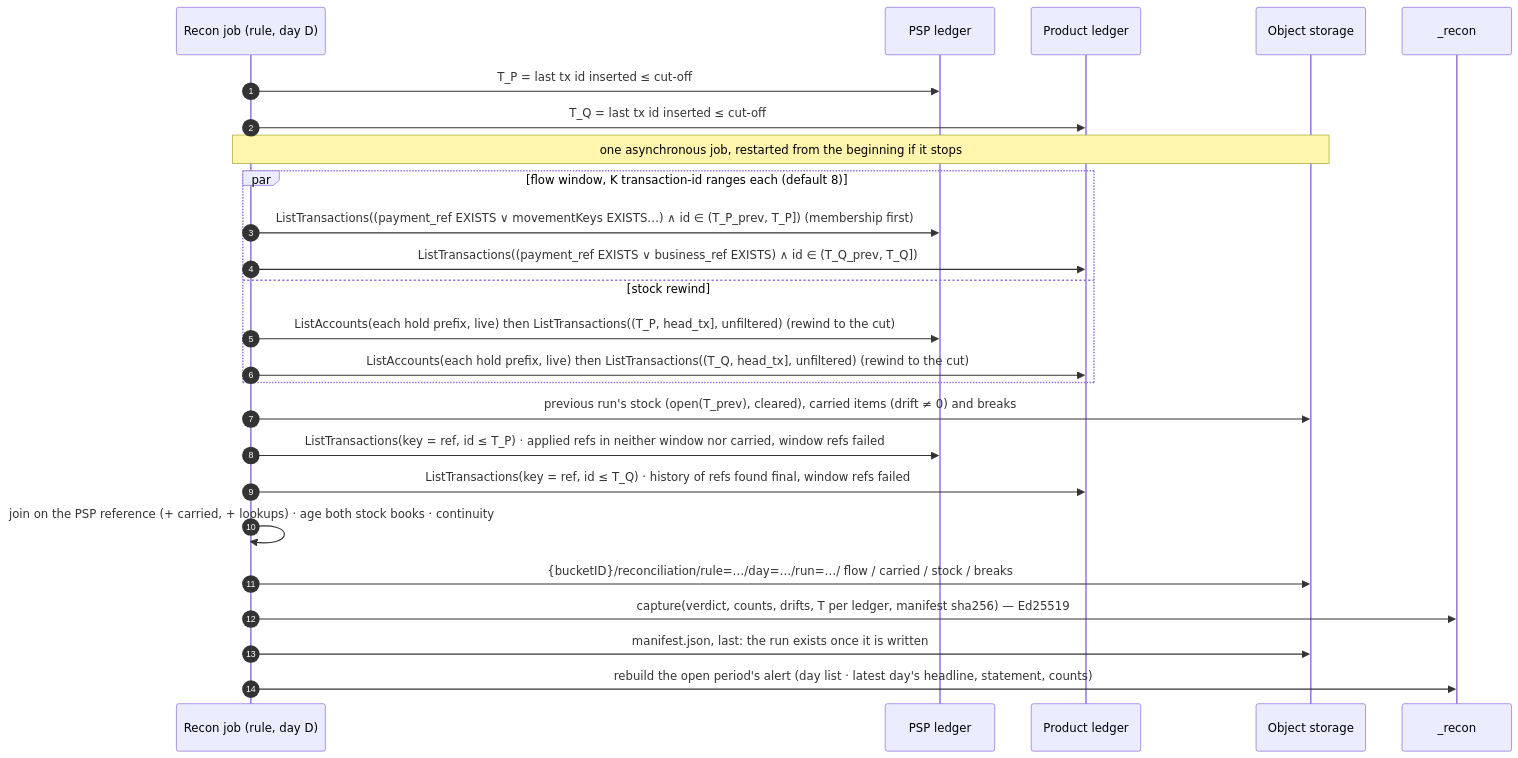
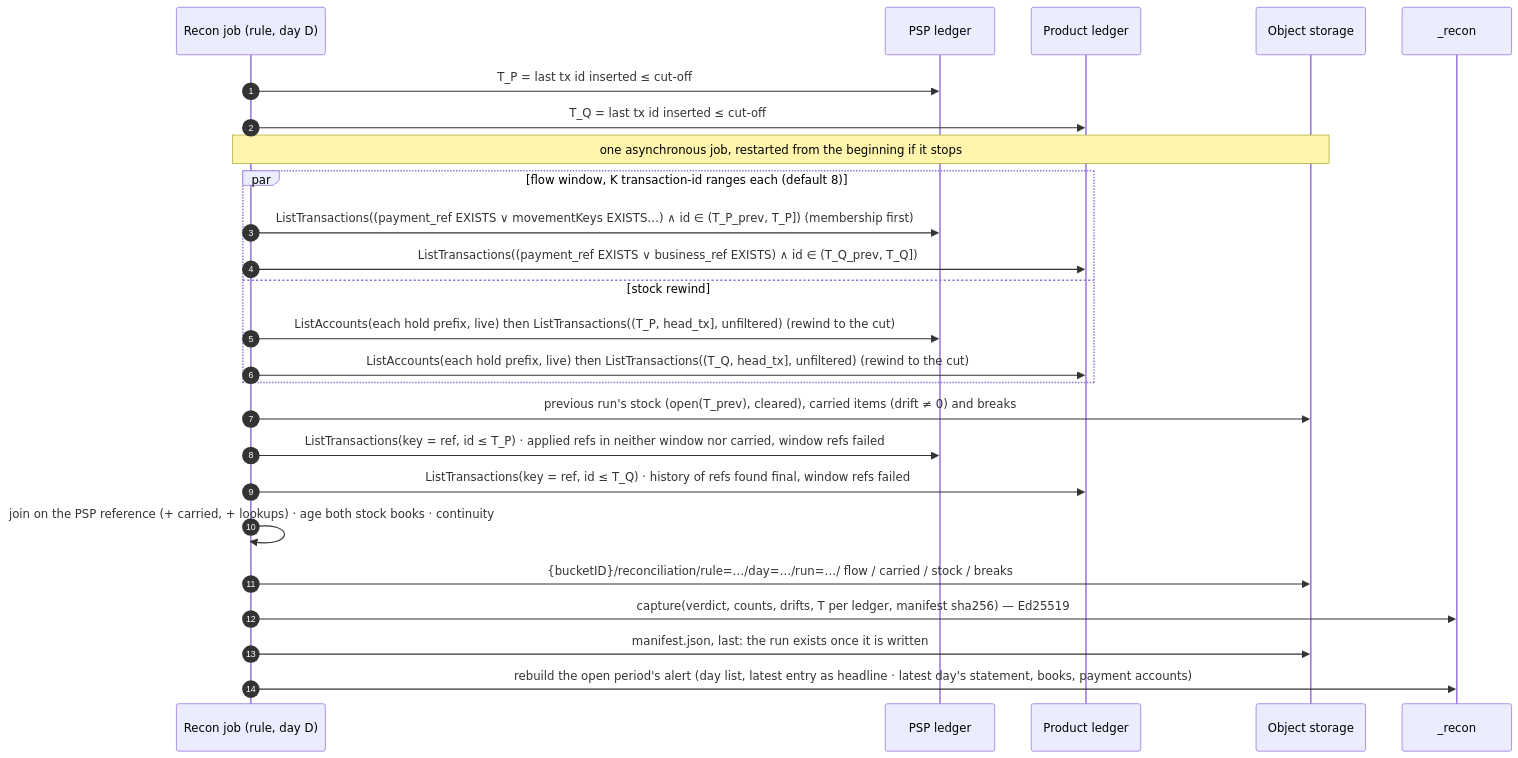
The second of 2 diagrams in docs/technical/transaction-level-reconciliation.md (formancehq/reconciliation), drawn with Mermaid before and after one commit. The commit also changed other lines of this file and 15 other files, not shown here.

````diff
--- a/docs/technical/transaction-level-reconciliation.md
+++ b/docs/technical/transaction-level-reconciliation.md
@@ -284,28 +292,28 @@
 ```mermaid
 sequenceDiagram
     autonumber
     participant J as Recon job (rule, day D)
     participant P as PSP ledger
     participant Q as Product ledger
     participant O as Object storage
     participant C as _recon
 
     J->>P: T_P = last tx id inserted ≤ cut-off
     J->>Q: T_Q = last tx id inserted ≤ cut-off
     Note over J,O: one asynchronous job, restarted from the beginning if it stops
     par flow window, K transaction-id ranges each (default 8)
         J->>P: ListTransactions((payment_ref EXISTS ∨ movementKeys EXISTS…) ∧ id ∈ (T_P_prev, T_P])  (membership first)
         J->>Q: ListTransactions((payment_ref EXISTS ∨ business_ref EXISTS) ∧ id ∈ (T_Q_prev, T_Q])
     and stock rewind
         J->>P: ListAccounts(each hold prefix, live) then ListTransactions((T_P, head_tx], unfiltered) (rewind to the cut)
         J->>Q: ListAccounts(each hold prefix, live) then ListTransactions((T_Q, head_tx], unfiltered) (rewind to the cut)
     end
     J->>O: previous run's stock (open(T_prev), cleared), carried items (drift ≠ 0) and breaks
     J->>P: ListTransactions(key = ref, id ≤ T_P) · applied refs in neither window nor carried, window refs failed
     J->>Q: ListTransactions(key = ref, id ≤ T_Q) · history of refs found final, window refs failed
     J->>J: join on the PSP reference (+ carried, + lookups) · age both stock books · continuity
     J->>O: {bucketID}/reconciliation/rule=…/day=…/run=…/ flow / carried / stock / breaks
     J->>C: capture(verdict, counts, drifts, T per ledger, manifest sha256) — Ed25519
     J->>O: manifest.json, last: the run exists once it is written
-    J->>C: rebuild the open period's alert (day list · latest day's headline, statement, counts)
+    J->>C: rebuild the open period's alert (day list, latest entry as headline · latest day's statement, books, payment accounts)
 ```
````
